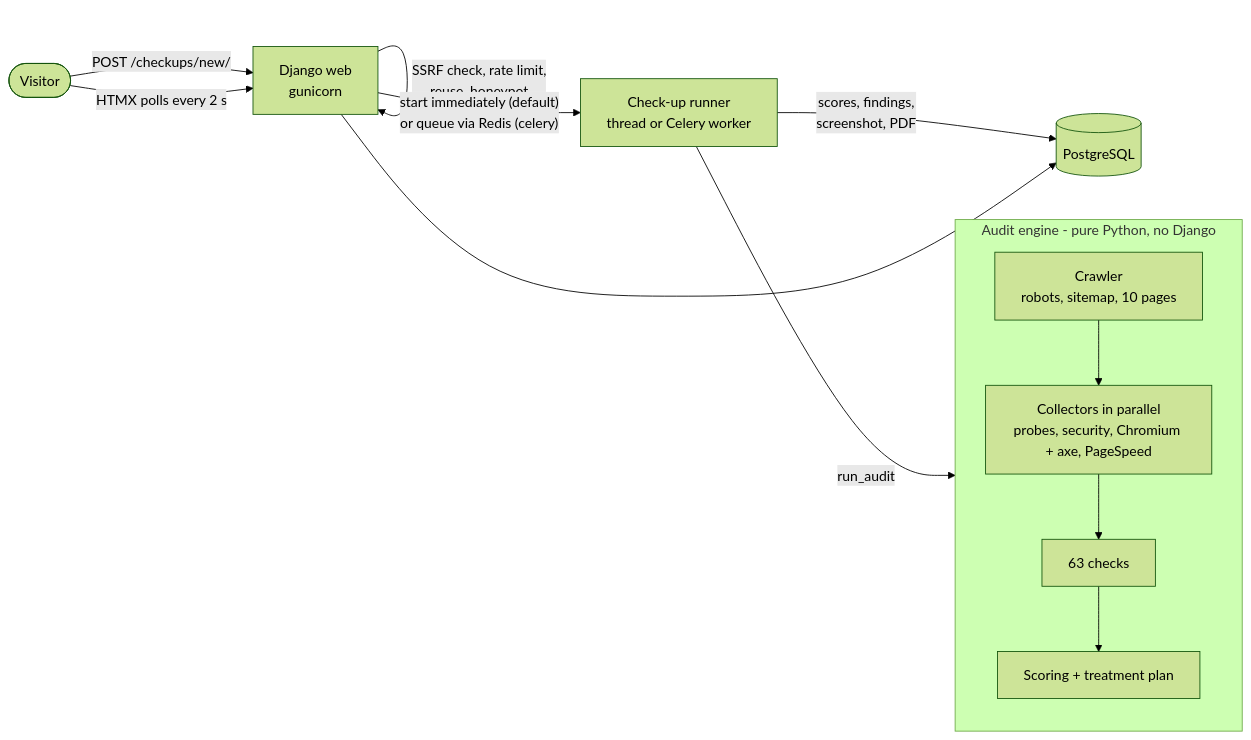
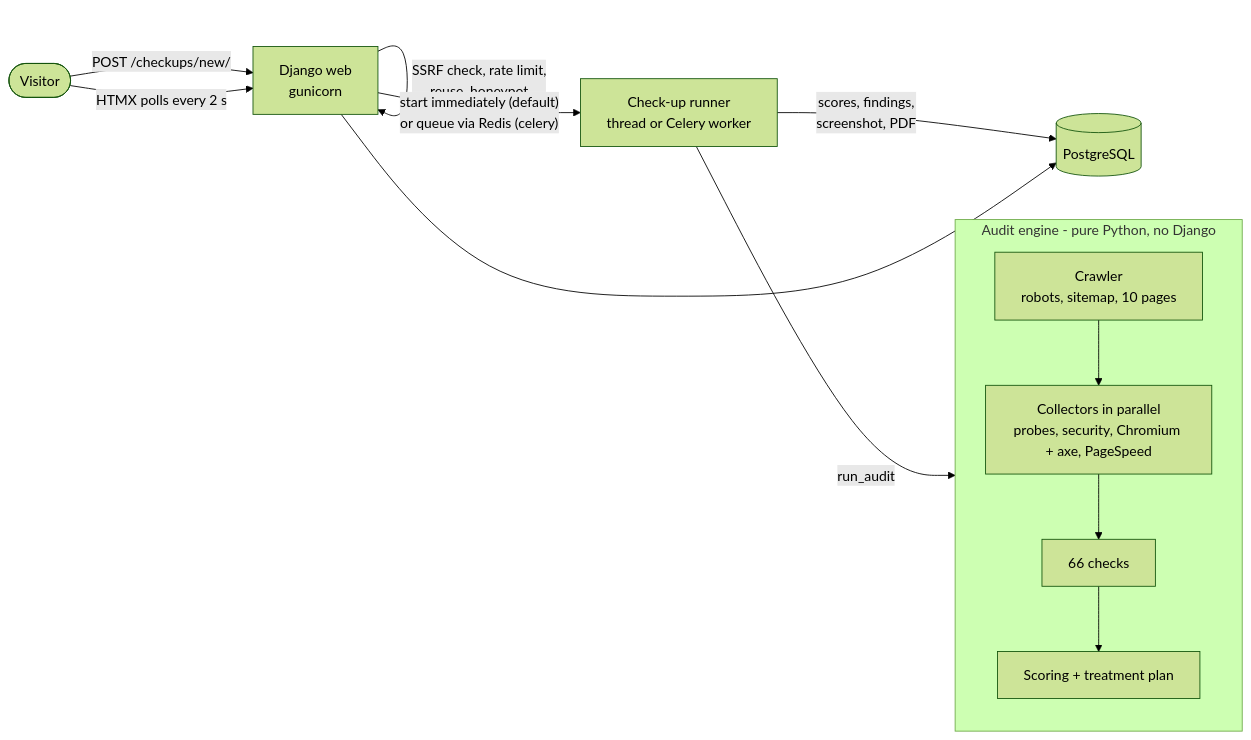
The diagram in README.md (rdhafiz/bizzcheckup), drawn with Mermaid (forest theme) before and after one commit. The commit also changed other lines of this file and 8 other files, not shown here.

````diff
--- a/README.md
+++ b/README.md
@@ -56,18 +56,18 @@
 ```mermaid
 flowchart LR
     V([Visitor]) -->|POST /checkups/new/| W[Django web<br/>gunicorn]
     W -->|SSRF check, rate limit,<br/>reuse, honeypot| W
     W -->|"start immediately (default)<br/>or queue via Redis (celery)"| K[Check-up runner<br/>thread or Celery worker]
     K -->|run_audit| E
 
     subgraph E [Audit engine - pure Python, no Django]
       direction TB
       C[Crawler<br/>robots, sitemap, 10 pages] --> X
-      X[Collectors in parallel<br/>probes, security, Chromium + axe, PageSpeed] --> CH[63 checks]
+      X[Collectors in parallel<br/>probes, security, Chromium + axe, PageSpeed] --> CH[66 checks]
       CH --> S[Scoring + treatment plan]
     end
 
     K -->|scores, findings,<br/>screenshot, PDF| P[(PostgreSQL)]
     V -->|HTMX polls every 2 s| W
     W --> P
 ```
````
